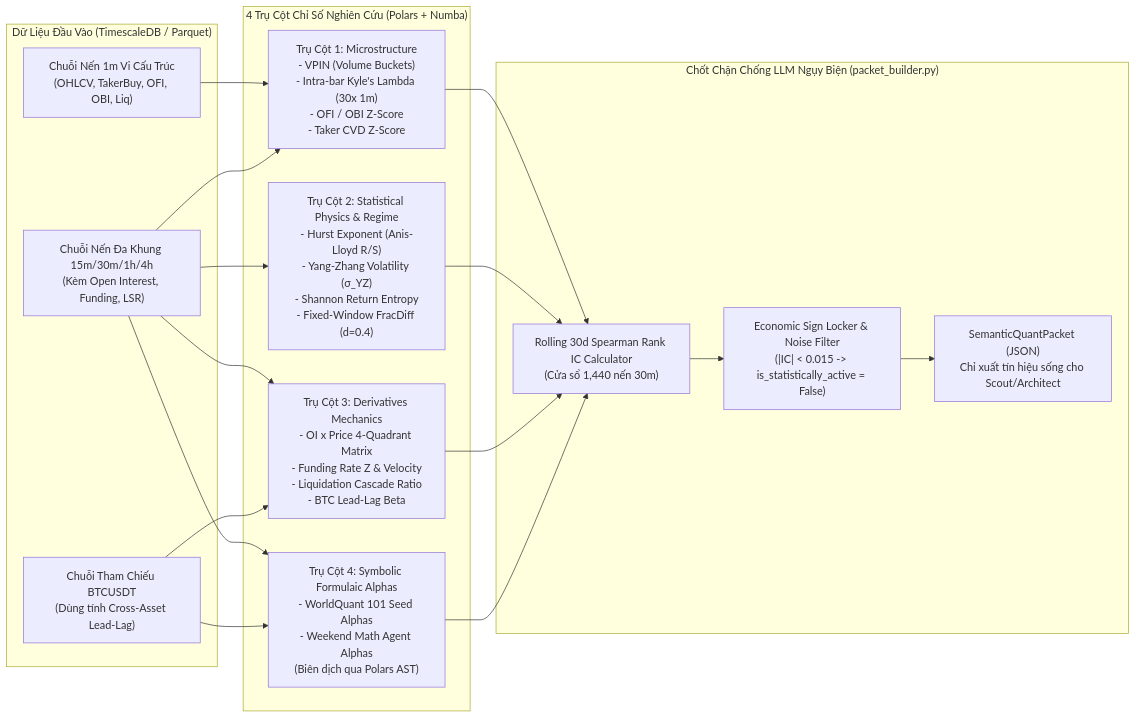
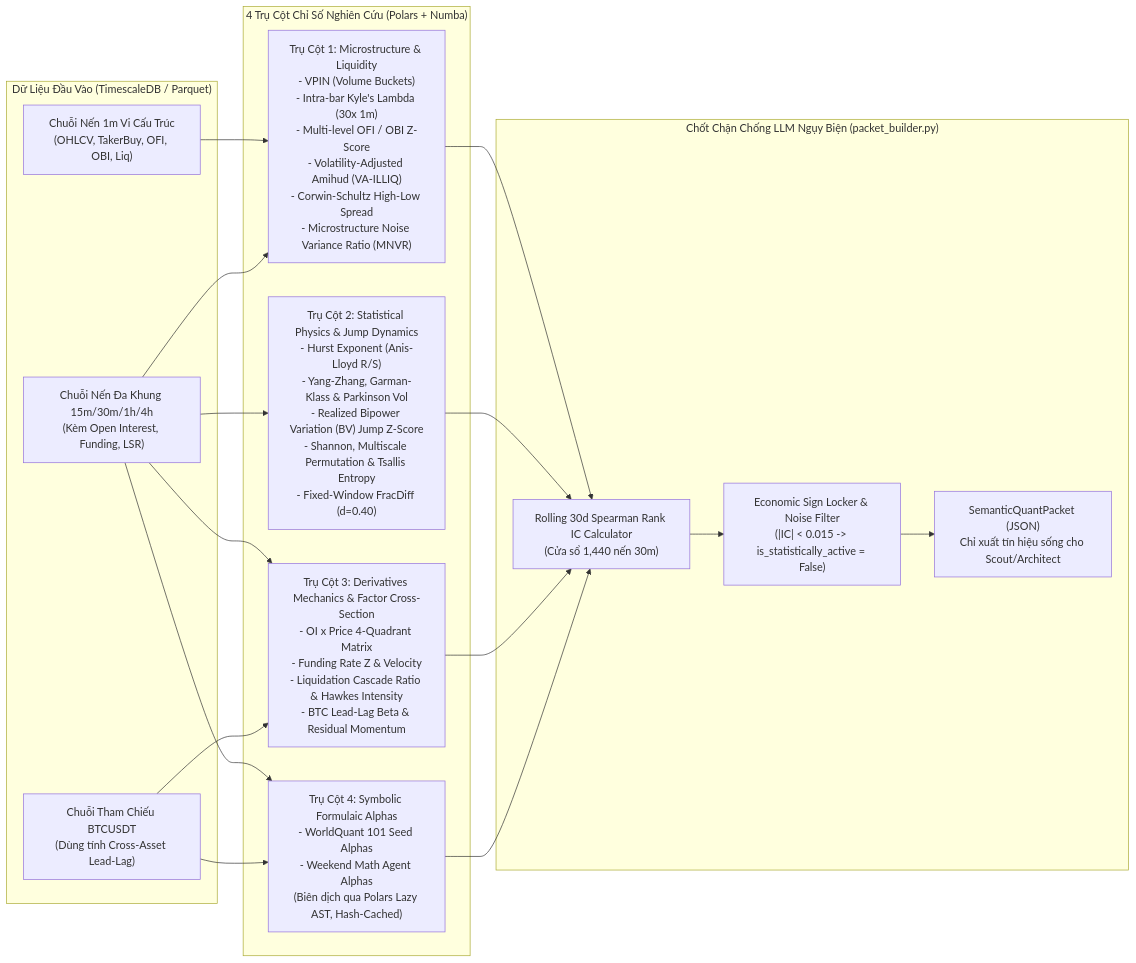
Before and after one commit to namiujrm/LLM_trading_bot_v2: the diagram in docs/system_design/03_hybrid_quant_engine_and_symbolic_dsl.md, drawn with Mermaid. The commit also changed other lines of this file and 132 other files, not shown here.

````diff
--- a/docs/system_design/03_hybrid_quant_engine_and_symbolic_dsl.md
+++ b/docs/system_design/03_hybrid_quant_engine_and_symbolic_dsl.md
@@ -10,26 +10,26 @@
 ```mermaid
 flowchart LR
     subgraph RawInputs["Dữ Liệu Đầu Vào (TimescaleDB / Parquet)"]
         B1M["Chuỗi Nến 1m Vi Cấu Trúc<br/>(OHLCV, TakerBuy, OFI, OBI, Liq)"]
         BMTF["Chuỗi Nến Đa Khung 15m/30m/1h/4h<br/>(Kèm Open Interest, Funding, LSR)"]
         BTC_REF["Chuỗi Tham Chiếu BTCUSDT<br/>(Dùng tính Cross-Asset Lead-Lag)"]
     end
 
     subgraph FourPillars["4 Trụ Cột Chỉ Số Nghiên Cứu (Polars + Numba)"]
-        P1["Trụ Cột 1: Microstructure<br/>- VPIN (Volume Buckets)<br/>- Intra-bar Kyle's Lambda (30x 1m)<br/>- OFI / OBI Z-Score<br/>- Taker CVD Z-Score"]
-        P2["Trụ Cột 2: Statistical Physics & Regime<br/>- Hurst Exponent (Anis-Lloyd R/S)<br/>- Yang-Zhang Volatility (σ_YZ)<br/>- Shannon Return Entropy<br/>- Fixed-Window FracDiff (d=0.4)"]
-        P3["Trụ Cột 3: Derivatives Mechanics<br/>- OI x Price 4-Quadrant Matrix<br/>- Funding Rate Z & Velocity<br/>- Liquidation Cascade Ratio<br/>- BTC Lead-Lag Beta"]
-        P4["Trụ Cột 4: Symbolic Formulaic Alphas<br/>- WorldQuant 101 Seed Alphas<br/>- Weekend Math Agent Alphas<br/>(Biên dịch qua Polars AST)"]
+        P1["Trụ Cột 1: Microstructure & Liquidity<br/>- VPIN (Volume Buckets)<br/>- Intra-bar Kyle's Lambda (30x 1m)<br/>- Multi-level OFI / OBI Z-Score<br/>- Volatility-Adjusted Amihud (VA-ILLIQ)<br/>- Corwin-Schultz High-Low Spread<br/>- Microstructure Noise Variance Ratio (MNVR)"]
+        P2["Trụ Cột 2: Statistical Physics & Jump Dynamics<br/>- Hurst Exponent (Anis-Lloyd R/S)<br/>- Yang-Zhang, Garman-Klass & Parkinson Vol<br/>- Realized Bipower Variation (BV) Jump Z-Score<br/>- Shannon, Multiscale Permutation & Tsallis Entropy<br/>- Fixed-Window FracDiff (d=0.40)"]
+        P3["Trụ Cột 3: Derivatives Mechanics & Factor Cross-Section<br/>- OI x Price 4-Quadrant Matrix<br/>- Funding Rate Z & Velocity<br/>- Liquidation Cascade Ratio & Hawkes Intensity<br/>- BTC Lead-Lag Beta & Residual Momentum"]
+        P4["Trụ Cột 4: Symbolic Formulaic Alphas<br/>- WorldQuant 101 Seed Alphas<br/>- Weekend Math Agent Alphas<br/>(Biên dịch qua Polars Lazy AST, Hash-Cached)"]
     end
 
     subgraph AntiConfabGate["Chốt Chặn Chống LLM Ngụy Biện (packet_builder.py)"]
         IC["Rolling 30d Spearman Rank IC Calculator<br/>(Cửa sổ 1,440 nến 30m)"]
         LOCK["Economic Sign Locker & Noise Filter<br/>(|IC| < 0.015 -> is_statistically_active = False)"]
         PKT["SemanticQuantPacket (JSON)<br/>Chỉ xuất tín hiệu sống cho Scout/Architect"]
     end
 
     B1M --> P1
     BMTF --> P1 & P2 & P3 & P4
     BTC_REF --> P3 & P4
     P1 & P2 & P3 & P4 --> IC --> LOCK --> PKT
 ```
````
